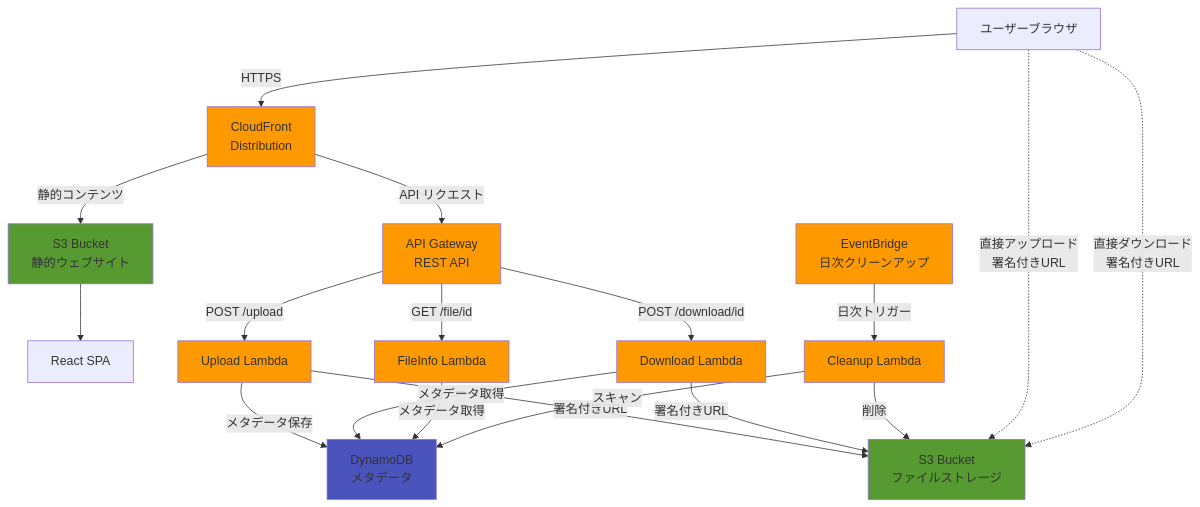
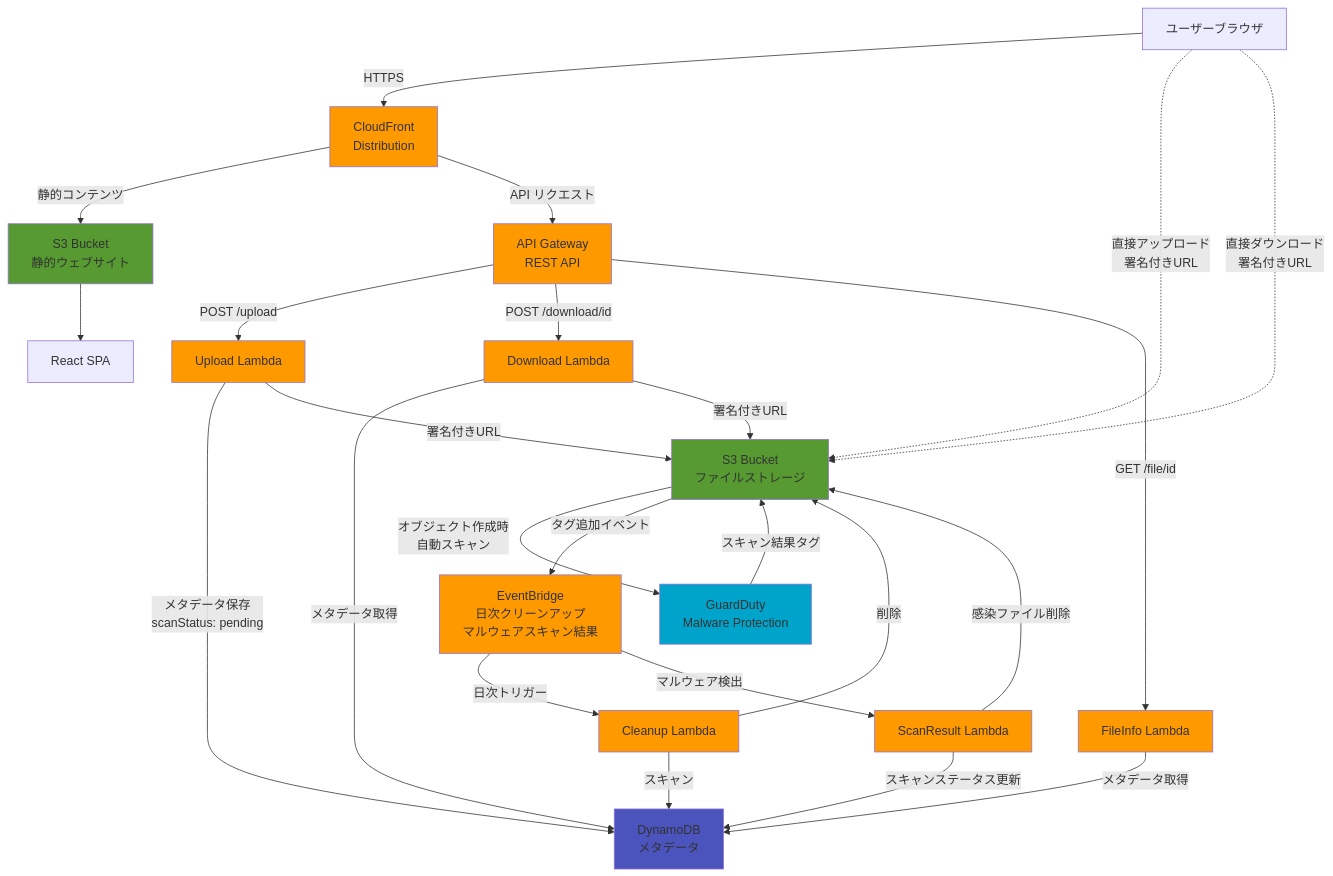
Before and after one commit to hanabiscus/file-sharing: the diagram in README.md, drawn with Mermaid. The commit also changed other lines of this file and 14 other files, not shown here.

````diff
--- a/README.md
+++ b/README.md
@@ -22,48 +23,59 @@
 ```mermaid
 graph TB
     U[ユーザーブラウザ]
     CF[CloudFront<br/>Distribution]
     S3W[S3 Bucket<br/>静的ウェブサイト]
     REACT[React SPA]
     APIGW[API Gateway<br/>REST API]
     L1[Upload Lambda]
     L2[Download Lambda]
     L3[FileInfo Lambda]
     L4[Cleanup Lambda]
+    L5[ScanResult Lambda]
     S3F[S3 Bucket<br/>ファイルストレージ]
     DDB[DynamoDB<br/>メタデータ]
-    EB[EventBridge<br/>日次クリーンアップ]
+    EB[EventBridge<br/>日次クリーンアップ<br/>マルウェアスキャン結果]
+    GD[GuardDuty<br/>Malware Protection]
 
     U -->|HTTPS| CF
     CF -->|静的コンテンツ| S3W
     CF -->|API リクエスト| APIGW
     S3W --> REACT
 
     APIGW -->|POST /upload| L1
     APIGW -->|POST /download/id| L2
     APIGW -->|GET /file/id| L3
 
-    L1 -->|メタデータ保存| DDB
+    L1 -->|メタデータ保存<br/>scanStatus: pending| DDB
     L1 -->|署名付きURL| S3F
     L2 -->|メタデータ取得| DDB
     L2 -->|署名付きURL| S3F
     L3 -->|メタデータ取得| DDB
 
+    S3F -->|オブジェクト作成時<br/>自動スキャン| GD
+    GD -->|スキャン結果タグ| S3F
+    S3F -->|タグ追加イベント| EB
+
     EB -->|日次トリガー| L4
+    EB -->|マルウェア検出| L5
     L4 -->|スキャン| DDB
     L4 -->|削除| S3F
+    L5 -->|スキャンステータス更新| DDB
+    L5 -->|感染ファイル削除| S3F
 
     U -.->|直接アップロード<br/>署名付きURL| S3F
     U -.->|直接ダウンロード<br/>署名付きURL| S3F
 
     style CF fill:#ff9900
     style APIGW fill:#ff9900
     style L1 fill:#ff9900
     style L2 fill:#ff9900
     style L3 fill:#ff9900
     style L4 fill:#ff9900
+    style L5 fill:#ff9900
     style S3W fill:#569a31
     style S3F fill:#569a31
     style DDB fill:#4b53bc
     style EB fill:#ff9900
+    style GD fill:#00a4ca
 ```
````
